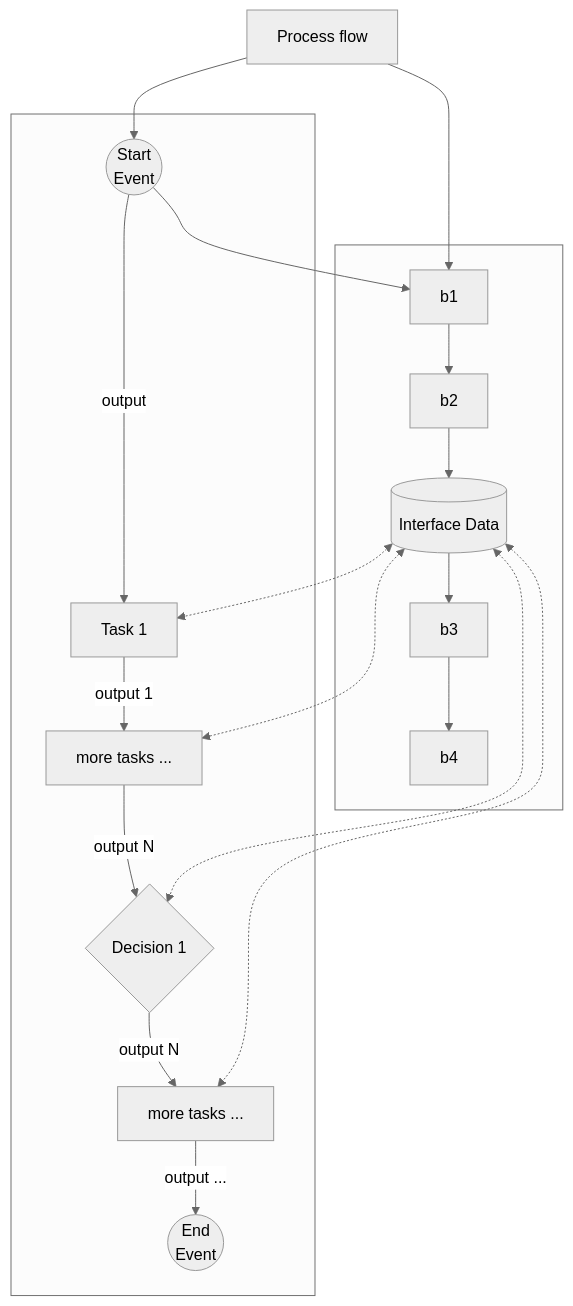
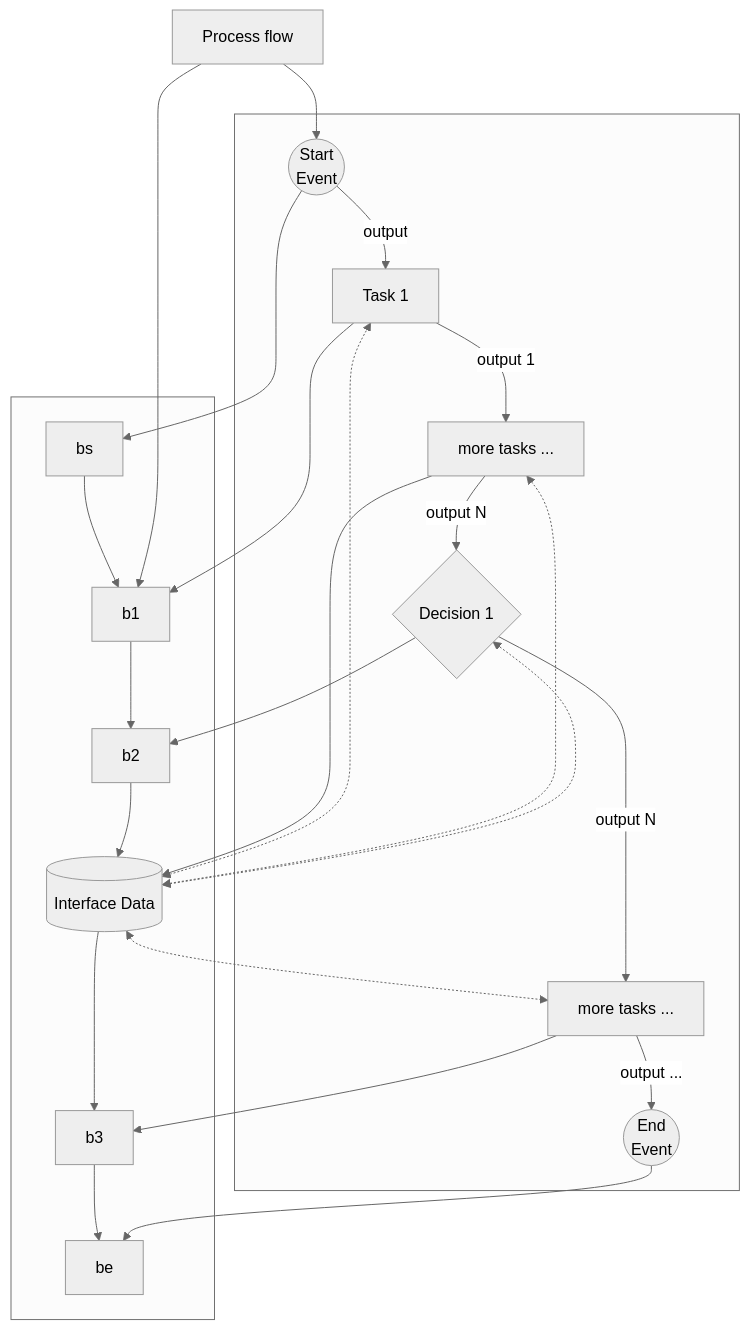
Before and after one commit to Paulo-Reis-Rosa/test-git-commands: the fifth of 6 diagrams in README.md, drawn with Mermaid (neutral theme).

Commit message:
Refactor diagram connections in README.md

````diff
--- a/README.md
+++ b/README.md
@@ -190,30 +190,35 @@
 ```mermaid
 graph TD
 	w[Process flow];
 
 	subgraph  ;
 		se((Start<br>Event))-->|output|t1[Task 1];
 		t1-->|output 1|t2[more tasks ...];
 		t2-->|output N|d1{Decision 1};
 		d1-->|output N|t3[more tasks ...];
 		t3-->|output ...|ed((End<br>Event));
 	end
 
 	subgraph  ;
-		i1[(Interface Data)]
+		bs --> b1;
 		b1 --> b2;
-		b2 --> i1;
+		b2 --> i1[(Interface Data)];
 		i1 --> b3;
-		b3 --> b4;
+		b3 --> be;
 	end;
 
 	w-->se;
 	w-->b1;
 
-	se-->b1
+	se-->bs;
+	t1-->b1;
+	t2-->i1;
+	d1-->b2;
+	t3-->b3;
+	ed-->be;
 
 	i1<-.->t1;
 	i1<-.->t2;
 	i1<-.->t3;
 	i1<-.->d1;
 ```
````
